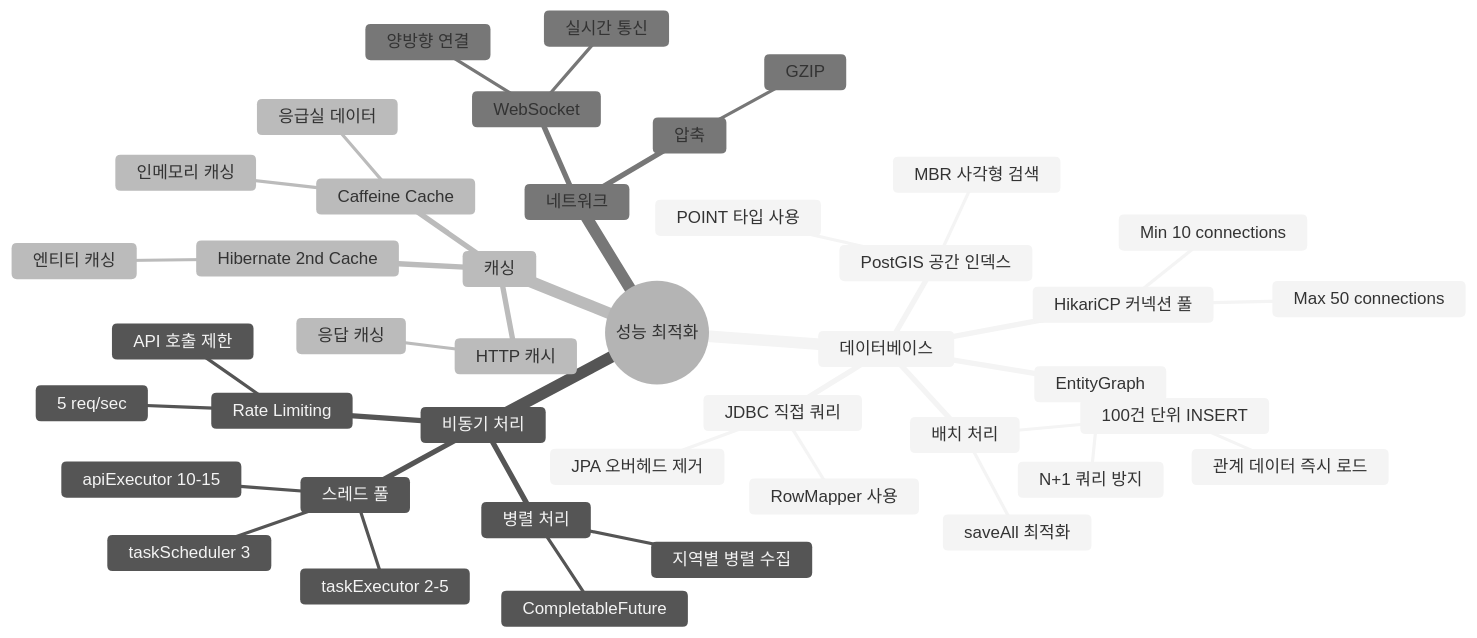
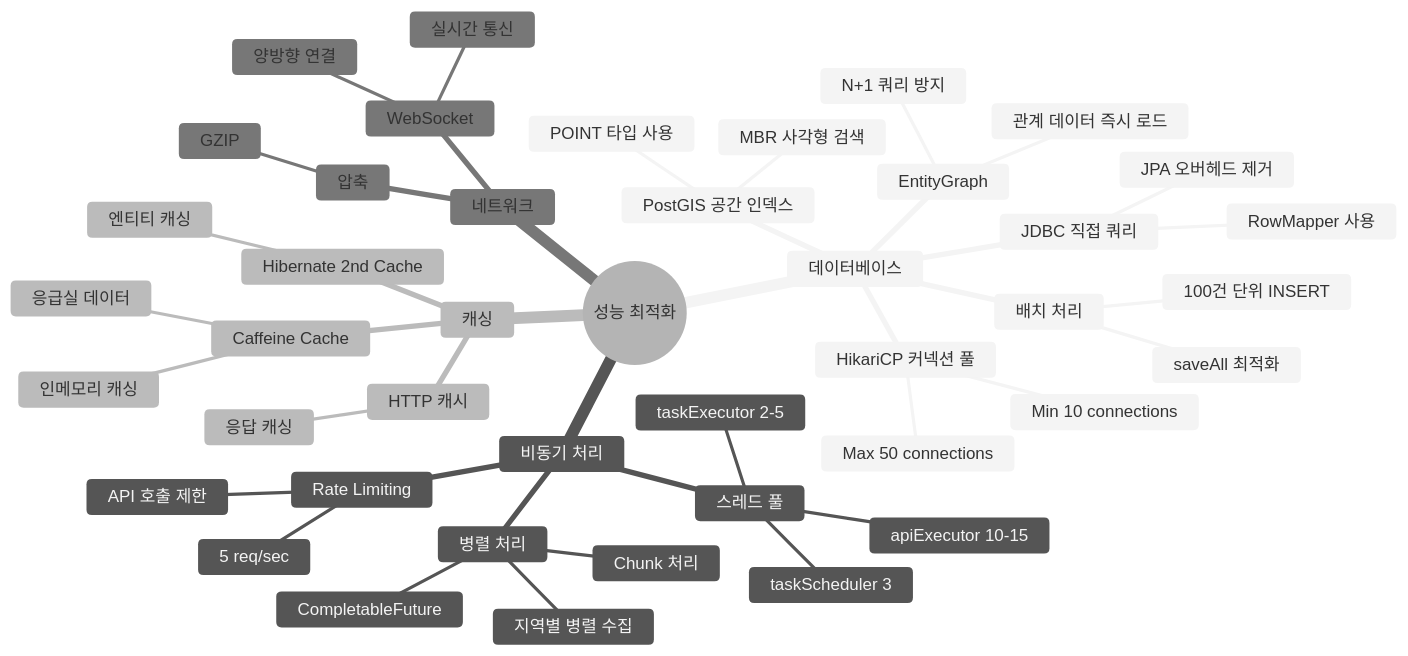
Before and after one commit to medical-info-hub/hospitalInfoProject-backend: the ninth of 12 diagrams in SW_ARCHITECTURE_FLOWCHART.md, drawn with Mermaid.

````diff
--- a/SW_ARCHITECTURE_FLOWCHART.md
+++ b/SW_ARCHITECTURE_FLOWCHART.md
@@ -666,46 +666,47 @@
 ```mermaid
 %%{init: {'theme':'neutral'}}%%
 mindmap
   root((성능 최적화))
     데이터베이스
       HikariCP 커넥션 풀
         Max 50 connections
         Min 10 connections
       JDBC 직접 쿼리
         JPA 오버헤드 제거
         RowMapper 사용
       배치 처리
         100건 단위 INSERT
         saveAll 최적화
       EntityGraph
         N+1 쿼리 방지
         관계 데이터 즉시 로드
       PostGIS 공간 인덱스
         POINT 타입 사용
         MBR 사각형 검색
     비동기 처리
       스레드 풀
         apiExecutor 10-15
         taskExecutor 2-5
         taskScheduler 3
       병렬 처리
+        Chunk 처리
         지역별 병렬 수집
         CompletableFuture
       Rate Limiting
         5 req/sec
         API 호출 제한
     캐싱
       Caffeine Cache
         응급실 데이터
         인메모리 캐싱
       Hibernate 2nd Cache
         엔티티 캐싱
       HTTP 캐시
         응답 캐싱
     네트워크
       WebSocket
         실시간 통신
         양방향 연결
       압축
         GZIP
 ```
````
